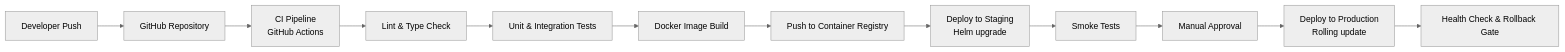
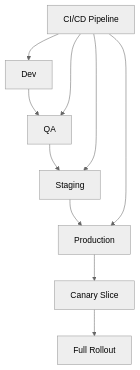
Before and after one commit to 0Ankit0/Project-Ideas: the diagram in Content Management System/infrastructure/deployment-diagram.md, drawn with Mermaid (neutral theme). The commit also changed other lines of this file and 35 other files, not shown here.

Commit message:
Deepen CMS docs with mermaid diagrams and implementation detail

````diff
--- a/Content Management System/infrastructure/deployment-diagram.md
+++ b/Content Management System/infrastructure/deployment-diagram.md
@@ -110,14 +14,12 @@
 ```mermaid
-graph LR
-    Dev[Developer Push] --> GH[GitHub Repository]
-    GH --> CI[CI Pipeline<br>GitHub Actions]
-    CI --> Lint[Lint & Type Check]
-    Lint --> Test[Unit & Integration Tests]
-    Test --> Build[Docker Image Build]
-    Build --> Push[Push to Container Registry]
-    Push --> StagingDeploy[Deploy to Staging<br>Helm upgrade]
-    StagingDeploy --> SmokeTest[Smoke Tests]
-    SmokeTest --> ProdApproval[Manual Approval]
-    ProdApproval --> ProdDeploy[Deploy to Production<br>Rolling update]
-    ProdDeploy --> Monitor[Health Check & Rollback Gate]
+flowchart TD
+    Dev[Dev] --> QA[QA]
+    QA --> Staging[Staging]
+    Staging --> Prod[Production]
+    CICD[CI/CD Pipeline] --> Dev
+    CICD --> QA
+    CICD --> Staging
+    CICD --> Prod
+    Prod --> Canary[Canary Slice]
+    Canary --> Full[Full Rollout]
 ```
````
